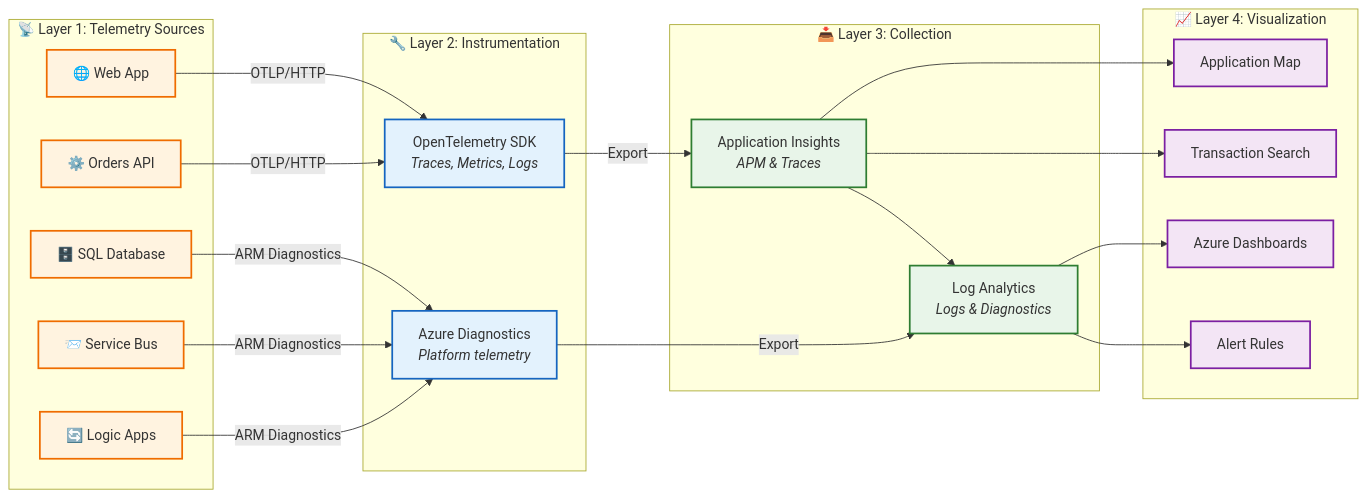
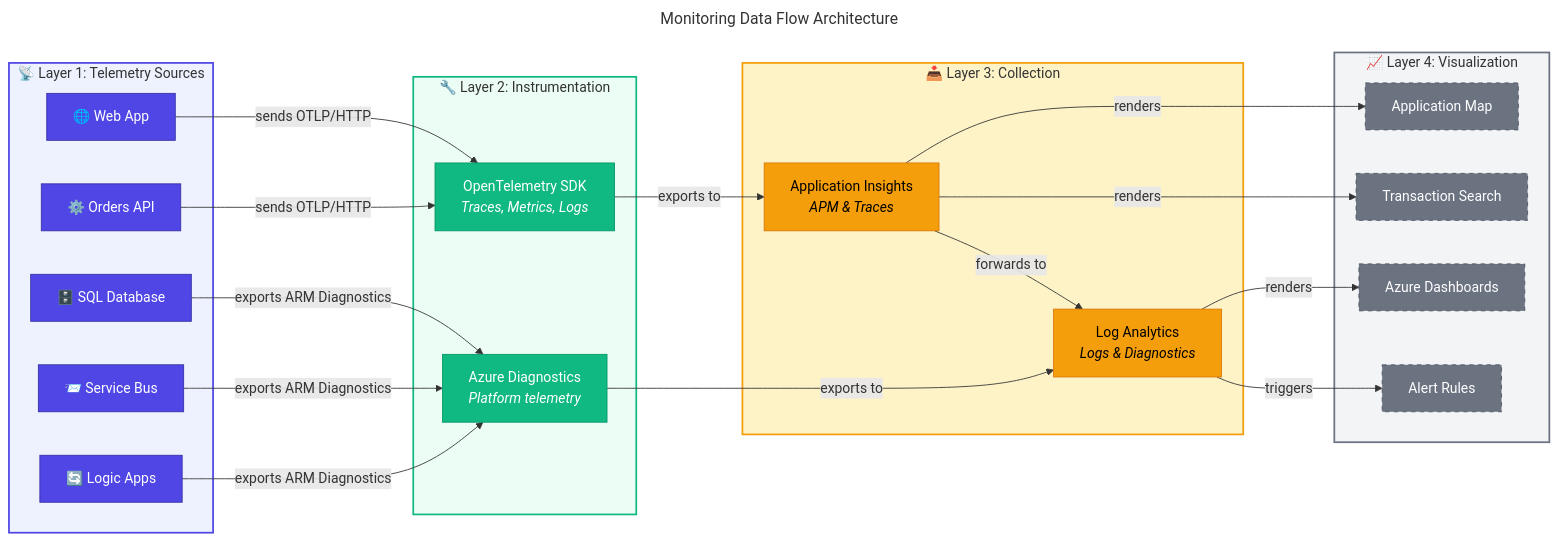
The fourth of 6 diagrams in docs/architecture/02-data-architecture.md (Evilazaro/Azure-LogicApps-Monitoring), drawn with Mermaid before and after one commit. The commit also changed other lines of this file, not shown here.

Commit message:
feat: Update data architecture diagrams with enhanced flow, connections, and visual styles

````diff
--- a/docs/architecture/02-data-architecture.md
+++ b/docs/architecture/02-data-architecture.md
@@ -168,45 +185,66 @@
 ```mermaid
+---
+title: Monitoring Data Flow Architecture
+---
 flowchart LR
+    %% ===== TELEMETRY SOURCES =====
     subgraph Sources["📡 Layer 1: Telemetry Sources"]
         API["⚙️ Orders API"]
         Web["🌐 Web App"]
         LA["🔄 Logic Apps"]
         SB["📨 Service Bus"]
         SQL["🗄️ SQL Database"]
     end
 
+    %% ===== INSTRUMENTATION =====
     subgraph Instrumentation["🔧 Layer 2: Instrumentation"]
         OTEL["OpenTelemetry SDK<br/><i>Traces, Metrics, Logs</i>"]
         AzDiag["Azure Diagnostics<br/><i>Platform telemetry</i>"]
     end
 
+    %% ===== COLLECTION =====
     subgraph Collection["📥 Layer 3: Collection"]
         AI["Application Insights<br/><i>APM & Traces</i>"]
         LAW["Log Analytics<br/><i>Logs & Diagnostics</i>"]
     end
 
+    %% ===== VISUALIZATION =====
     subgraph Visualization["📈 Layer 4: Visualization"]
         AppMap["Application Map"]
         TxSearch["Transaction Search"]
         Dashboards["Azure Dashboards"]
         Alerts["Alert Rules"]
     end
 
-    API & Web -->|"OTLP/HTTP"| OTEL
-    LA & SB & SQL -->|"ARM Diagnostics"| AzDiag
-    OTEL -->|"Export"| AI
-    AzDiag -->|"Export"| LAW
-    AI --> LAW
-    AI --> AppMap & TxSearch
-    LAW --> Dashboards & Alerts
+    %% ===== CONNECTIONS =====
+    API -->|"sends OTLP/HTTP"| OTEL
+    Web -->|"sends OTLP/HTTP"| OTEL
+    LA -->|"exports ARM Diagnostics"| AzDiag
+    SB -->|"exports ARM Diagnostics"| AzDiag
+    SQL -->|"exports ARM Diagnostics"| AzDiag
+    OTEL -->|"exports to"| AI
+    AzDiag -->|"exports to"| LAW
+    AI -->|"forwards to"| LAW
+    AI -->|"renders"| AppMap
+    AI -->|"renders"| TxSearch
+    LAW -->|"renders"| Dashboards
+    LAW -->|"triggers"| Alerts
 
-    classDef source fill:#fff3e0,stroke:#ef6c00,stroke-width:2px
-    classDef instrument fill:#e3f2fd,stroke:#1565c0,stroke-width:2px
-    classDef collect fill:#e8f5e9,stroke:#2e7d32,stroke-width:2px
-    classDef visual fill:#f3e5f5,stroke:#7b1fa2,stroke-width:2px
+    %% ===== STYLES - NODE CLASSES =====
+    classDef primary fill:#4F46E5,stroke:#3730A3,color:#FFFFFF
+    classDef secondary fill:#10B981,stroke:#059669,color:#FFFFFF
+    classDef datastore fill:#F59E0B,stroke:#D97706,color:#000000
+    classDef external fill:#6B7280,stroke:#4B5563,color:#FFFFFF,stroke-dasharray:5 5
 
-    class API,Web,LA,SB,SQL source
-    class OTEL,AzDiag instrument
-    class AI,LAW collect
-    class AppMap,TxSearch,Dashboards,Alerts visual
+    %% ===== CLASS ASSIGNMENTS =====
+    class API,Web,LA,SB,SQL primary
+    class OTEL,AzDiag secondary
+    class AI,LAW datastore
+    class AppMap,TxSearch,Dashboards,Alerts external
+
+    %% ===== SUBGRAPH STYLES =====
+    style Sources fill:#EEF2FF,stroke:#4F46E5,stroke-width:2px
+    style Instrumentation fill:#ECFDF5,stroke:#10B981,stroke-width:2px
+    style Collection fill:#FEF3C7,stroke:#F59E0B,stroke-width:2px
+    style Visualization fill:#F3F4F6,stroke:#6B7280,stroke-width:2px
 ```
````
